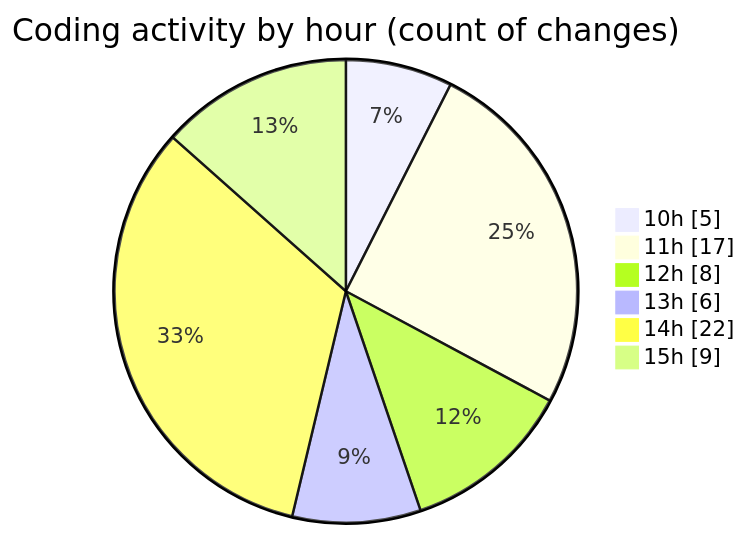
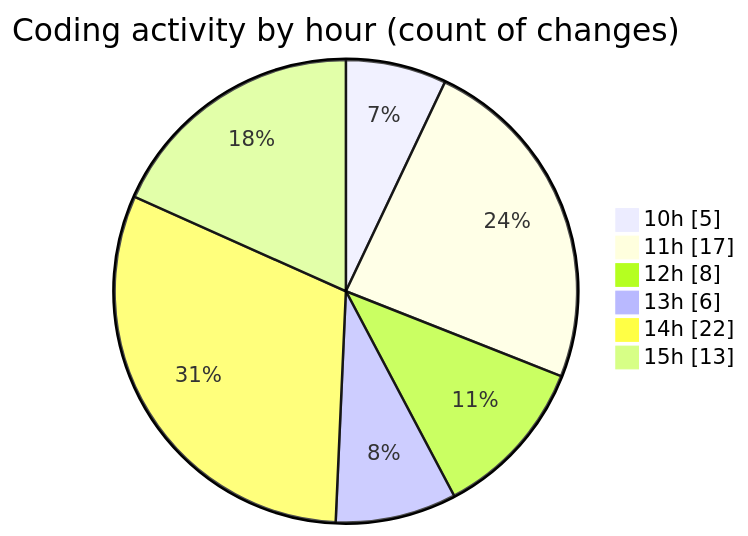
Before and after one commit to CELIANVF/code-tracking: the second of 2 diagrams in 2025-05-05/ecodeli/README.md, drawn with Mermaid. The commit also changed other lines of this file and 1 other file, not shown here.

````diff
--- a/2025-05-05/ecodeli/README.md
+++ b/2025-05-05/ecodeli/README.md
@@ -58,10 +58,10 @@
 ```mermaid
 pie showData
 title Coding activity by hour (count of changes)
 "10h" : 5
 "11h" : 17
 "12h" : 8
 "13h" : 6
 "14h" : 22
-"15h" : 9
+"15h" : 13
 ```
````
